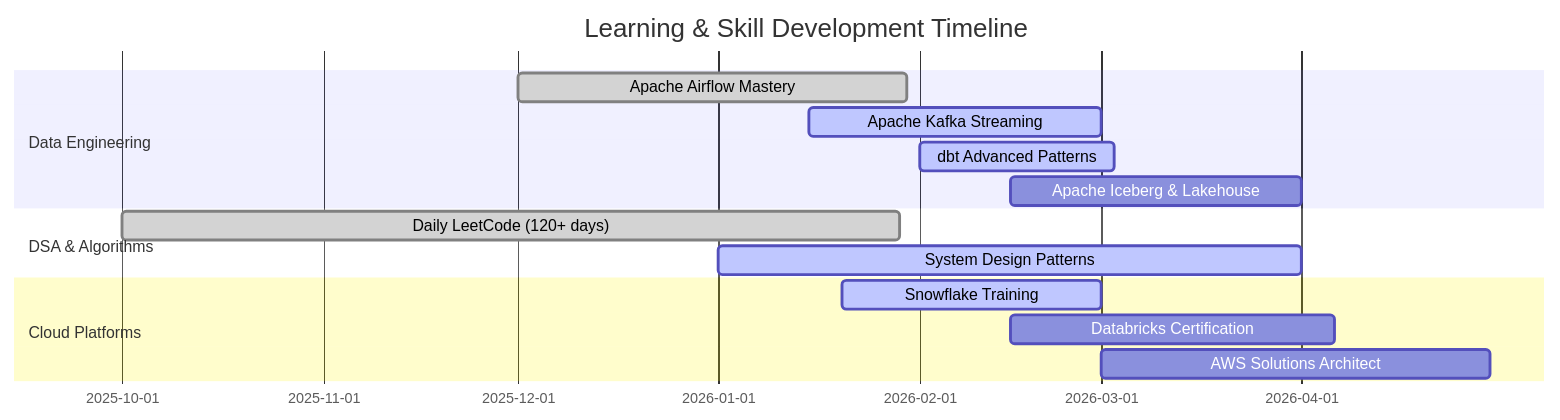
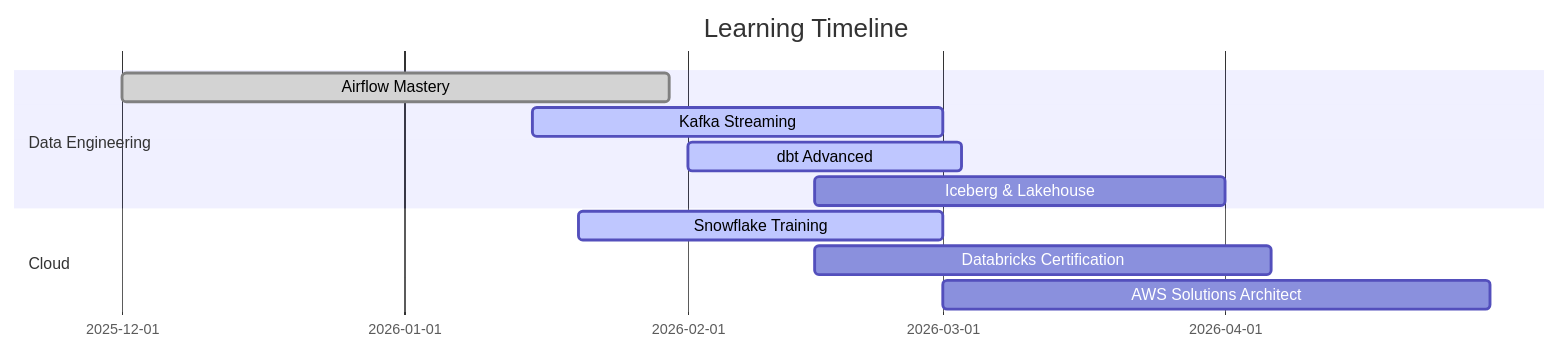
One commit to sumanthmalipeddi/sumanthmalipeddi changed the diagram in README.md. Above: the diagram before and after it, drawn with Mermaid. The commit also changed other lines of this file, not shown here.

````diff
--- a/README.md
+++ b/README.md
@@ -158,17 +173,14 @@
 ```mermaid
 gantt
-    title Learning & Skill Development Timeline
+    title Learning Timeline
     dateFormat YYYY-MM-DD
     section Data Engineering
-    Apache Airflow Mastery      :done, 2025-12-01, 60d
-    Apache Kafka Streaming      :active, 2026-01-15, 45d
-    dbt Advanced Patterns       :active, 2026-02-01, 30d
-    Apache Iceberg & Lakehouse  :2026-02-15, 45d
-    section DSA & Algorithms
-    Daily LeetCode (120+ days)  :done, 2025-10-01, 120d
-    System Design Patterns      :active, 2026-01-01, 90d
-    section Cloud Platforms
-    Snowflake Training          :active, 2026-01-20, 40d
-    Databricks Certification    :2026-02-15, 50d
-    AWS Solutions Architect     :2026-03-01, 60d
+    Airflow Mastery           :done, 2025-12-01, 60d
+    Kafka Streaming           :active, 2026-01-15, 45d
+    dbt Advanced              :active, 2026-02-01, 30d
+    Iceberg & Lakehouse       :2026-02-15, 45d
+    section Cloud
+    Snowflake Training        :active, 2026-01-20, 40d
+    Databricks Certification  :2026-02-15, 50d
+    AWS Solutions Architect   :2026-03-01, 60d
 ```
````
